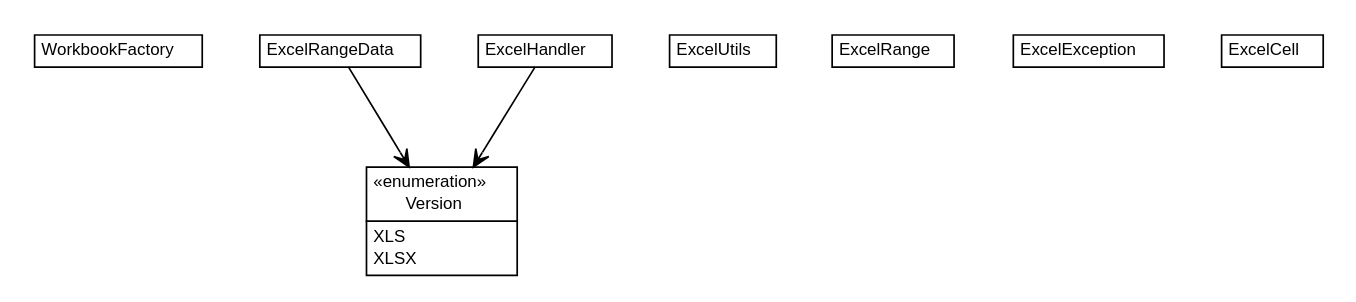
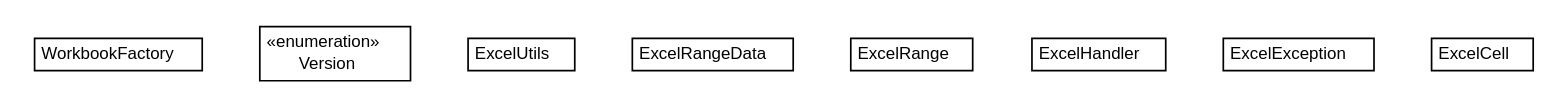
One commit to dayatang/dddlib changed the diagram in dddlib-excel/apidocs/org/dayatang/excel/org.dayatang.excel.dot. Above: the diagram before and after it, drawn with Graphviz. The commit also changed 120 other files, not shown here.

```diff
--- a/dddlib-excel/apidocs/org/dayatang/excel/org.dayatang.excel.dot
+++ b/dddlib-excel/apidocs/org/dayatang/excel/org.dayatang.excel.dot
@@ -1,69 +1,61 @@
 #!/usr/local/bin/dot
 #
 # Class diagram 
 # Generated by UMLGraph version R5_6_6-8-g8d7759 (http://www.umlgraph.org/)
 #
 
 digraph G {
 	edge [fontname="Helvetica",fontsize=10,labelfontname="Helvetica",labelfontsize=10];
 	node [fontname="Helvetica",fontsize=10,shape=plaintext];
 	nodesep=0.25;
 	ranksep=0.5;
 	// org.dayatang.excel.WorkbookFactory
 	c0 [label=<<table title="org.dayatang.excel.WorkbookFactory" border="0" cellborder="1" cellspacing="0" cellpadding="2" port="p" href="./WorkbookFactory.html">
 		<tr><td><table border="0" cellspacing="0" cellpadding="1">
 <tr><td align="center" balign="center"> WorkbookFactory </td></tr>
 		</table></td></tr>
 		</table>>, URL="./WorkbookFactory.html", fontname="Helvetica", fontcolor="black", fontsize=10.0];
 	// org.dayatang.excel.Version
 	c1 [label=<<table title="org.dayatang.excel.Version" border="0" cellborder="1" cellspacing="0" cellpadding="2" port="p" href="./Version.html">
 		<tr><td><table border="0" cellspacing="0" cellpadding="1">
 <tr><td align="center" balign="center"> &#171;enumeration&#187; </td></tr>
 <tr><td align="center" balign="center"> Version </td></tr>
-		</table></td></tr>
-		<tr><td><table border="0" cellspacing="0" cellpadding="1">
-<tr><td align="left" balign="left"> XLS </td></tr>
-<tr><td align="left" balign="left"> XLSX </td></tr>
 		</table></td></tr>
 		</table>>, URL="./Version.html", fontname="Helvetica", fontcolor="black", fontsize=10.0];
 	// org.dayatang.excel.ExcelUtils
 	c2 [label=<<table title="org.dayatang.excel.ExcelUtils" border="0" cellborder="1" cellspacing="0" cellpadding="2" port="p" href="./ExcelUtils.html">
 		<tr><td><table border="0" cellspacing="0" cellpadding="1">
 <tr><td align="center" balign="center"> ExcelUtils </td></tr>
 		</table></td></tr>
 		</table>>, URL="./ExcelUtils.html", fontname="Helvetica", fontcolor="black", fontsize=10.0];
 	// org.dayatang.excel.ExcelRangeData
 	c3 [label=<<table title="org.dayatang.excel.ExcelRangeData" border="0" cellborder="1" cellspacing="0" cellpadding="2" port="p" href="./ExcelRangeData.html">
 		<tr><td><table border="0" cellspacing="0" cellpadding="1">
 <tr><td align="center" balign="center"> ExcelRangeData </td></tr>
 		</table></td></tr>
 		</table>>, URL="./ExcelRangeData.html", fontname="Helvetica", fontcolor="black", fontsize=10.0];
 	// org.dayatang.excel.ExcelRange
 	c4 [label=<<table title="org.dayatang.excel.ExcelRange" border="0" cellborder="1" cellspacing="0" cellpadding="2" port="p" href="./ExcelRange.html">
 		<tr><td><table border="0" cellspacing="0" cellpadding="1">
 <tr><td align="center" balign="center"> ExcelRange </td></tr>
 		</table></td></tr>
 		</table>>, URL="./ExcelRange.html", fontname="Helvetica", fontcolor="black", fontsize=10.0];
 	// org.dayatang.excel.ExcelHandler
 	c5 [label=<<table title="org.dayatang.excel.ExcelHandler" border="0" cellborder="1" cellspacing="0" cellpadding="2" port="p" href="./ExcelHandler.html">
 		<tr><td><table border="0" cellspacing="0" cellpadding="1">
 <tr><td align="center" balign="center"> ExcelHandler </td></tr>
 		</table></td></tr>
 		</table>>, URL="./ExcelHandler.html", fontname="Helvetica", fontcolor="black", fontsize=10.0];
 	// org.dayatang.excel.ExcelException
 	c6 [label=<<table title="org.dayatang.excel.ExcelException" border="0" cellborder="1" cellspacing="0" cellpadding="2" port="p" href="./ExcelException.html">
 		<tr><td><table border="0" cellspacing="0" cellpadding="1">
 <tr><td align="center" balign="center"> ExcelException </td></tr>
 		</table></td></tr>
 		</table>>, URL="./ExcelException.html", fontname="Helvetica", fontcolor="black", fontsize=10.0];
 	// org.dayatang.excel.ExcelCell
 	c7 [label=<<table title="org.dayatang.excel.ExcelCell" border="0" cellborder="1" cellspacing="0" cellpadding="2" port="p" href="./ExcelCell.html">
 		<tr><td><table border="0" cellspacing="0" cellpadding="1">
 <tr><td align="center" balign="center"> ExcelCell </td></tr>
 		</table></td></tr>
 		</table>>, URL="./ExcelCell.html", fontname="Helvetica", fontcolor="black", fontsize=10.0];
-	// org.dayatang.excel.ExcelRangeData NAVASSOC org.dayatang.excel.Version
-	c3:p -> c1:p [taillabel="", label=" "headlabel="", fontname="Helvetica", fontcolor="black", fontsize=10.0, color="black", arrowhead=open];
-	// org.dayatang.excel.ExcelHandler NAVASSOC org.dayatang.excel.Version
-	c5:p -> c1:p [taillabel="", label=" "headlabel="", fontname="Helvetica", fontcolor="black", fontsize=10.0, color="black", arrowhead=open];
 }
```
